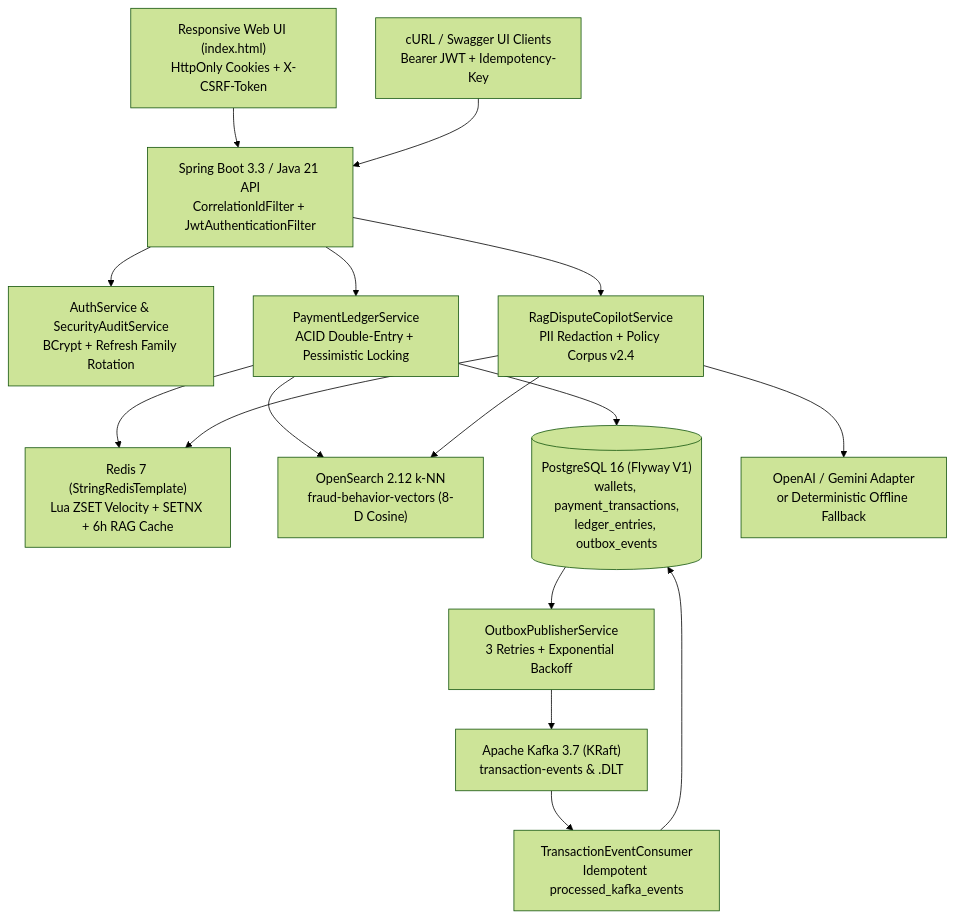
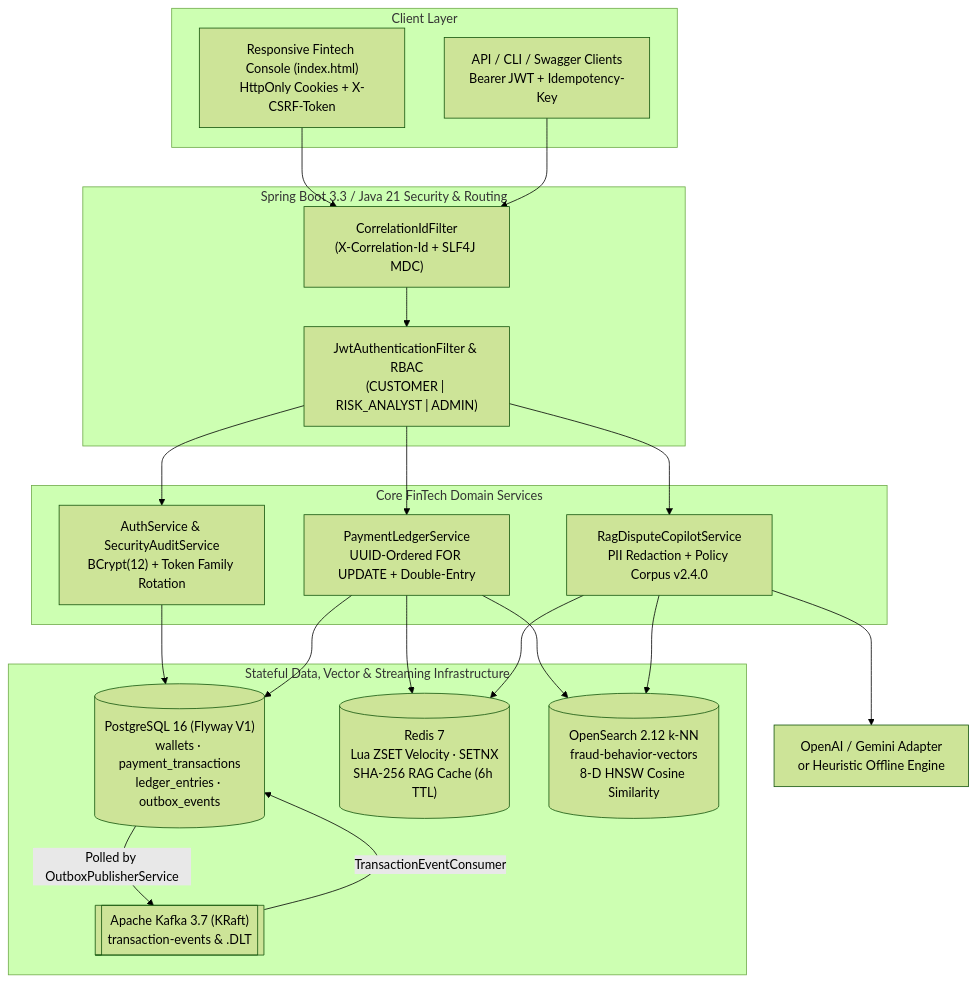
Before and after one commit to Shivampal157/PayShield-AI: the first of 4 diagrams in README.md, drawn with Mermaid (forest theme). The commit also changed other lines of this file and 2 other files, not shown here.

Commit message:
docs: upgrade README with custom SVG architecture banner, state diagrams & engineering comparison

````diff
--- a/README.md
+++ b/README.md
@@ -63,22 +60,44 @@
 ```mermaid
 flowchart TD
-    UI["Responsive Web UI (index.html)<br/>HttpOnly Cookies + X-CSRF-Token"] --> API["Spring Boot 3.3 / Java 21 API<br/>CorrelationIdFilter + JwtAuthenticationFilter"]
-    CLI["cURL / Swagger UI Clients<br/>Bearer JWT + Idempotency-Key"] --> API
+    subgraph Clients["Client Layer"]
+        UI["Responsive Fintech Console (index.html)<br/>HttpOnly Cookies + X-CSRF-Token"]
+        CLI["API / CLI / Swagger Clients<br/>Bearer JWT + Idempotency-Key"]
+    end
 
-    API --> AUTH["AuthService & SecurityAuditService<br/>BCrypt + Refresh Family Rotation"]
-    API --> PAY["PaymentLedgerService<br/>ACID Double-Entry + Pessimistic Locking"]
-    API --> RAG["RagDisputeCopilotService<br/>PII Redaction + Policy Corpus v2.4"]
+    subgraph Edge["Spring Boot 3.3 / Java 21 Security & Routing"]
+        CID["CorrelationIdFilter<br/>(X-Correlation-Id + SLF4J MDC)"]
+        SEC["JwtAuthenticationFilter & RBAC<br/>(CUSTOMER | RISK_ANALYST | ADMIN)"]
+    end
 
-    PAY --> REDIS["Redis 7 (StringRedisTemplate)<br/>Lua ZSET Velocity + SETNX + 6h RAG Cache"]
-    PAY --> OS["OpenSearch 2.12 k-NN<br/>fraud-behavior-vectors (8-D Cosine)"]
-    PAY --> PG[("PostgreSQL 16 (Flyway V1)<br/>wallets, payment_transactions,<br/>ledger_entries, outbox_events")]
+    subgraph Core["Core FinTech Domain Services"]
+        AUTH["AuthService & SecurityAuditService<br/>BCrypt(12) + Token Family Rotation"]
+        LEDGER["PaymentLedgerService<br/>UUID-Ordered FOR UPDATE + Double-Entry"]
+        RAG["RagDisputeCopilotService<br/>PII Redaction + Policy Corpus v2.4.0"]
+    end
 
-    PG --> OUTBOX["OutboxPublisherService<br/>3 Retries + Exponential Backoff"]
-    OUTBOX --> KAFKA["Apache Kafka 3.7 (KRaft)<br/>transaction-events & .DLT"]
-    KAFKA --> CONSUMER["TransactionEventConsumer<br/>Idempotent processed_kafka_events"]
-    CONSUMER --> PG
+    subgraph Infra["Stateful Data, Vector & Streaming Infrastructure"]
+        PG[("PostgreSQL 16 (Flyway V1)<br/>wallets · payment_transactions<br/>ledger_entries · outbox_events")]
+        REDIS[("Redis 7<br/>Lua ZSET Velocity · SETNX<br/>SHA-256 RAG Cache (6h TTL)")]
+        OS[("OpenSearch 2.12 k-NN<br/>fraud-behavior-vectors<br/>8-D HNSW Cosine Similarity")]
+        KAFKA[["Apache Kafka 3.7 (KRaft)<br/>transaction-events & .DLT"]]
+    end
+
+    UI --> CID
+    CLI --> CID
+    CID --> SEC
+    SEC --> AUTH
+    SEC --> LEDGER
+    SEC --> RAG
+
+    AUTH --> PG
+    LEDGER --> REDIS
+    LEDGER --> OS
+    LEDGER --> PG
+
+    PG -->|"Polled by OutboxPublisherService"| KAFKA
+    KAFKA -->|"TransactionEventConsumer"| PG
 
     RAG --> REDIS
     RAG --> OS
-    RAG --> LLM["OpenAI / Gemini Adapter<br/>or Deterministic Offline Fallback"]
+    RAG --> LLM["OpenAI / Gemini Adapter<br/>or Heuristic Offline Engine"]
 ```
````
